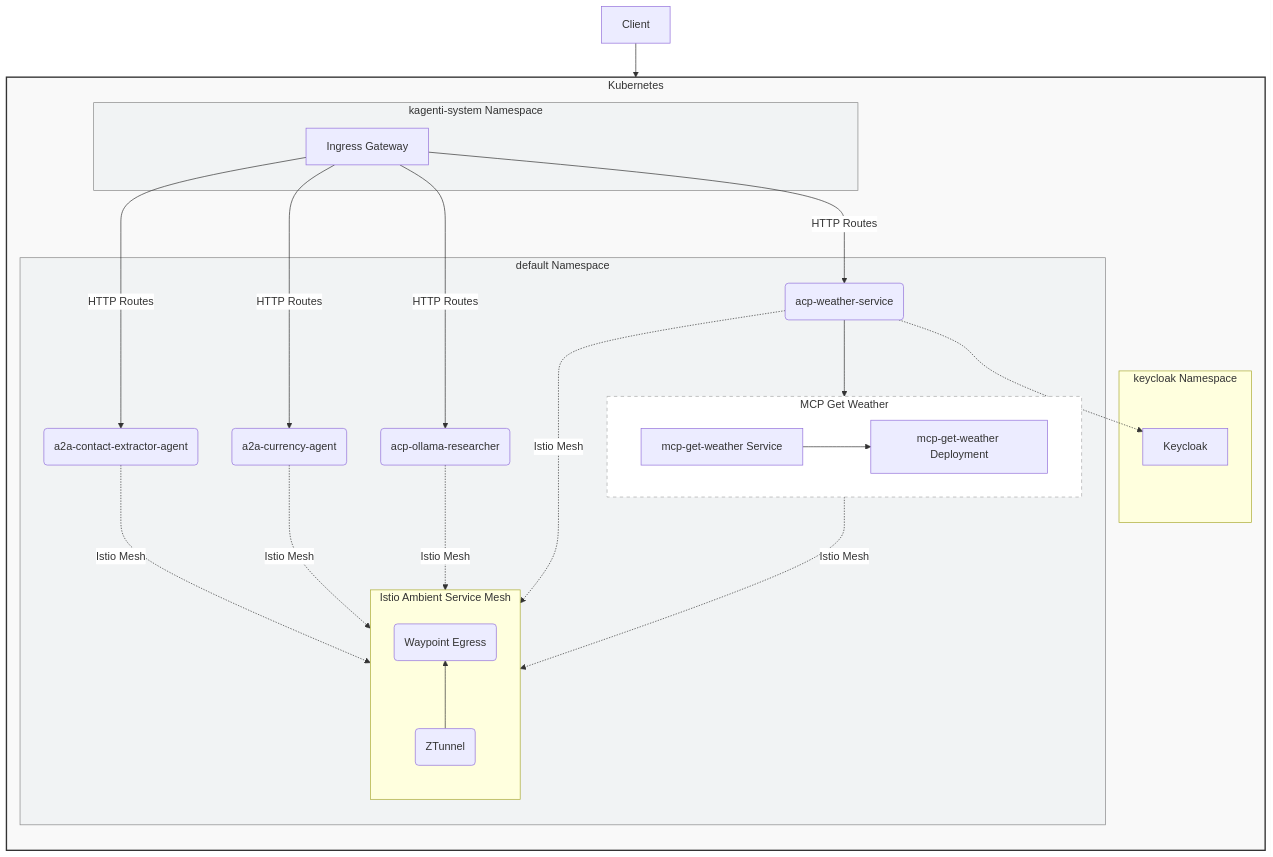
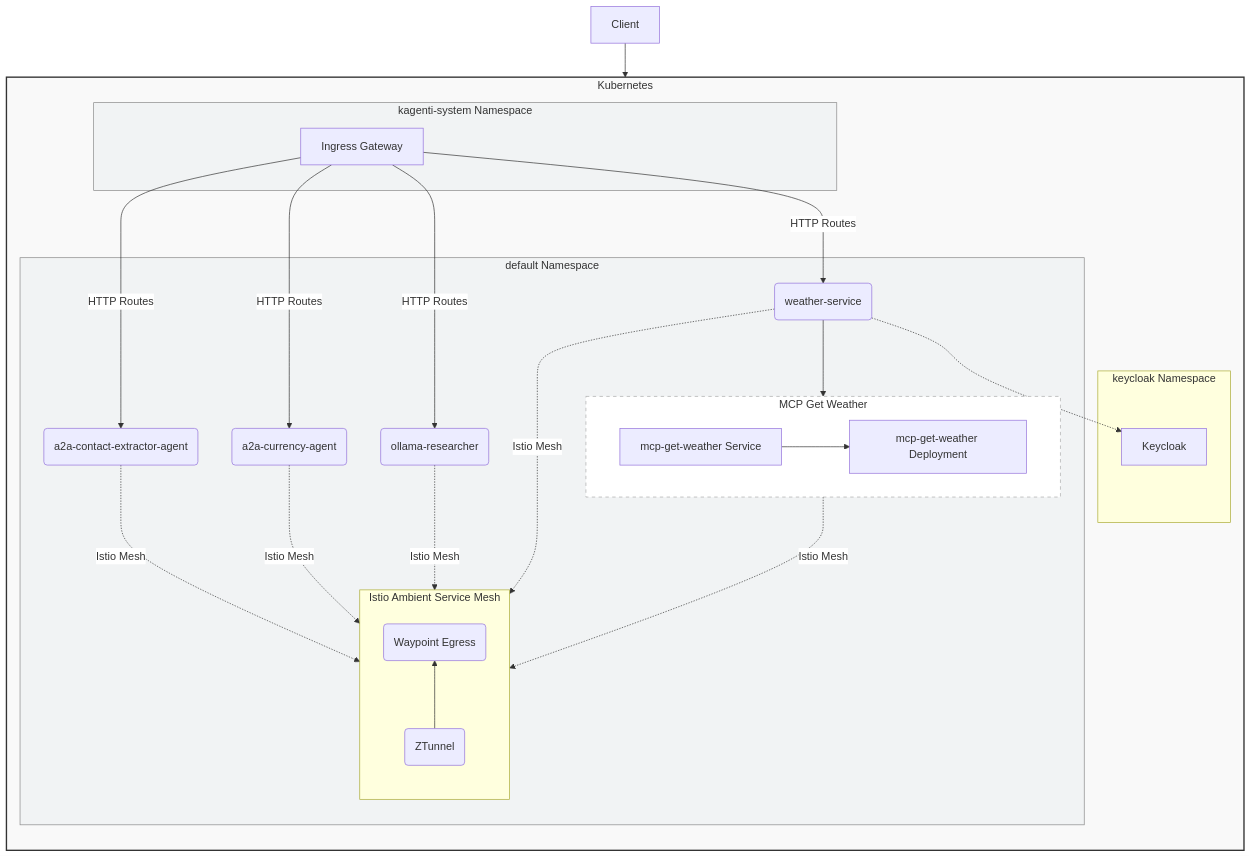
Before and after one commit to pdettori/kagenti: the first of 3 diagrams in docs/tech-details.md, drawn with Mermaid. The commit also changed other lines of this file and 15 other files, not shown here.

````diff
--- a/docs/tech-details.md
+++ b/docs/tech-details.md
@@ -10,58 +10,58 @@
 ```mermaid
 %%{ init: {"themeVariables": { 'fontFamily': "Arial", 'primaryColor': '#1f77b4', 'edgeLabelBackground':'#ffffff'}} }%%
 graph TB
 
   subgraph Kubernetes
     direction TB
     
     subgraph kagenti-system ["kagenti-system Namespace"]
       IngressGateway["Ingress Gateway"]
     end
 
     subgraph keycloak ["keycloak Namespace"]
       Keycloak["Keycloak"]
     end
 
     subgraph default_namespace ["default Namespace"]
       A2AContactExtractorAgent(a2a-contact-extractor-agent)
       A2ACurrencyAgent(a2a-currency-agent)
-      ACPOllamaResearcher(acp-ollama-researcher)
-      ACPWeatherService(acp-weather-service)
+      OllamaResearcher(ollama-researcher)
+      WeatherService(weather-service)
       
       subgraph MCPGetWeather ["MCP Get Weather"]
         direction LR
         Service[mcp-get-weather Service]
         Deployment[mcp-get-weather Deployment]
       end
 
       subgraph Istio_Ambient_Mesh ["Istio Ambient Service Mesh"]
         direction BT
         ZTunnel("ZTunnel")
         Waypoint("Waypoint Egress")
         ZTunnel --> Waypoint
       end
 
     end
   end
   
   style Kubernetes fill:#f9f9f9,stroke:#333,stroke-width:2px;
   style kagenti-system fill:#f1f3f4,stroke:#888;
   style default_namespace fill:#f1f3f4,stroke:#888;
   style MCPGetWeather fill:#ffffff,stroke:#aaaaaa,stroke-dasharray: 5 5;
 
   IngressGateway -->|HTTP Routes| A2AContactExtractorAgent
   IngressGateway -->|HTTP Routes| A2ACurrencyAgent
-  IngressGateway -->|HTTP Routes| ACPOllamaResearcher
-  IngressGateway -->|HTTP Routes| ACPWeatherService
-  ACPWeatherService --> Service
+  IngressGateway -->|HTTP Routes| OllamaResearcher
+  IngressGateway -->|HTTP Routes| WeatherService
+  WeatherService --> Service
   Service --> Deployment
 
   A2AContactExtractorAgent -.->|Istio Mesh| ZTunnel
   A2ACurrencyAgent -.->|Istio Mesh| ZTunnel
-  ACPOllamaResearcher -.->|Istio Mesh| ZTunnel
-  ACPWeatherService -.->|Istio Mesh| ZTunnel
+  OllamaResearcher -.->|Istio Mesh| ZTunnel
+  WeatherService -.->|Istio Mesh| ZTunnel
   Service -.->|Istio Mesh| ZTunnel
-  ACPWeatherService -.-> Keycloak
+  WeatherService -.-> Keycloak
 
   Client --> IngressGateway
 ```
````
